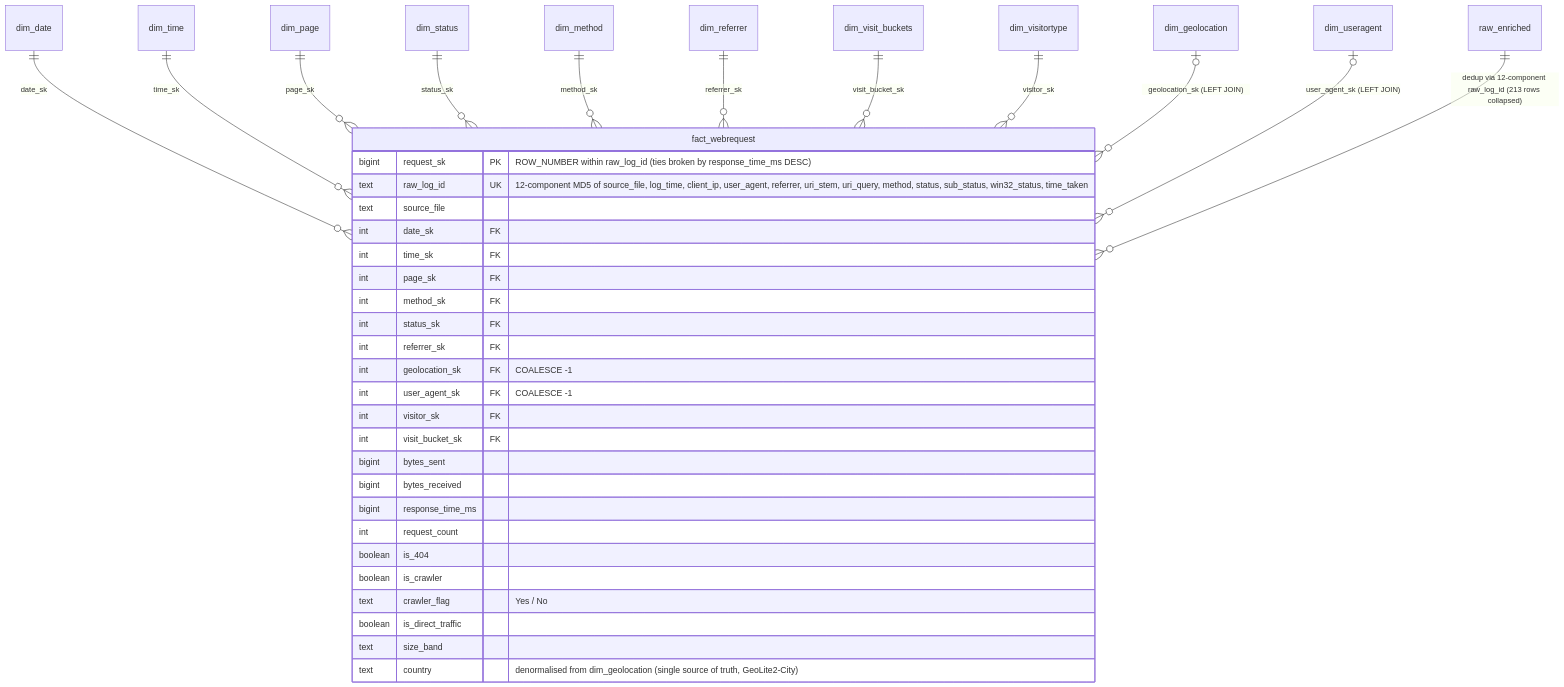
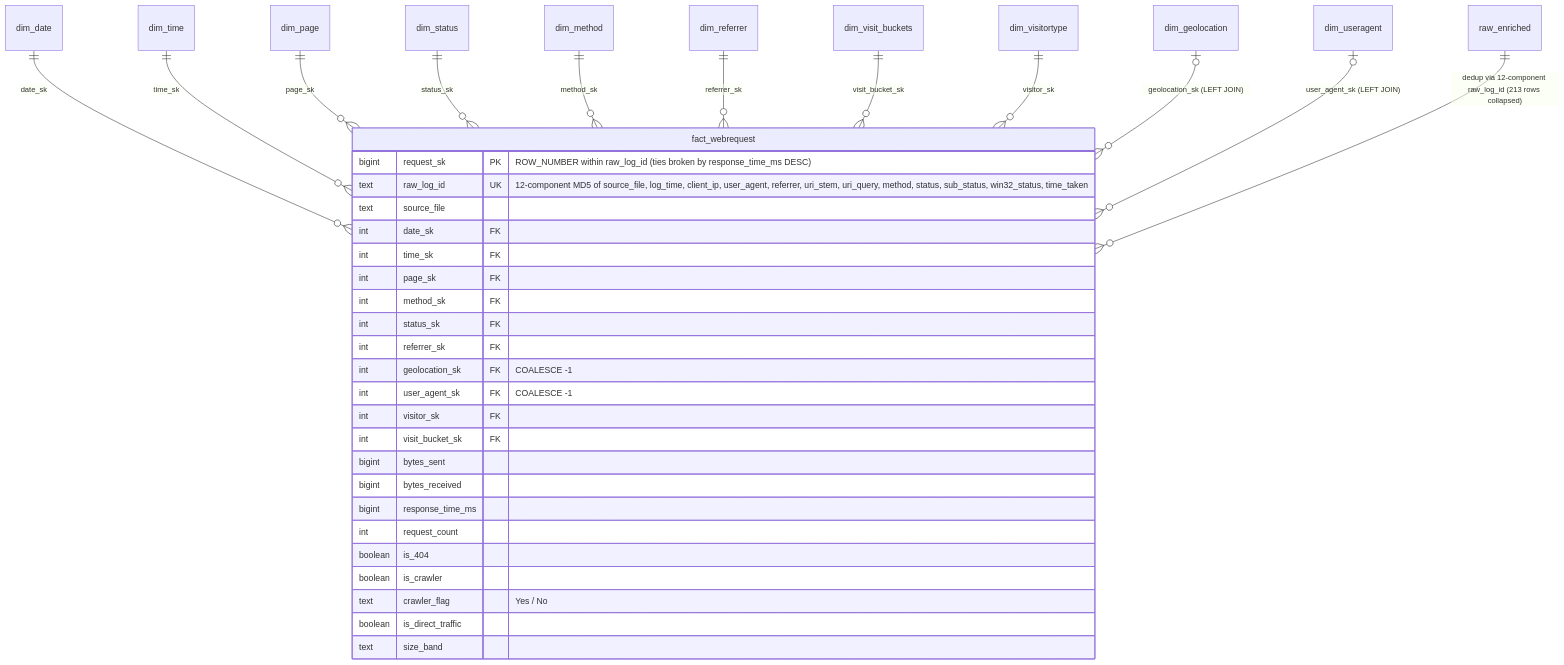
Before and after one commit to AhmedIkram05/w3c-etl-pipeline: diagram 12 of 14 in README.md, drawn with Mermaid. The commit also changed other lines of this file and 1 other file, not shown here.

````diff
--- a/README.md
+++ b/README.md
@@ -762,40 +757,39 @@
 ```mermaid
 erDiagram
     dim_date ||--o{ fact_webrequest : "date_sk"
     dim_time ||--o{ fact_webrequest : "time_sk"
     dim_page ||--o{ fact_webrequest : "page_sk"
     dim_status ||--o{ fact_webrequest : "status_sk"
     dim_method ||--o{ fact_webrequest : "method_sk"
     dim_referrer ||--o{ fact_webrequest : "referrer_sk"
     dim_visit_buckets ||--o{ fact_webrequest : "visit_bucket_sk"
     dim_visitortype ||--o{ fact_webrequest : "visitor_sk"
     dim_geolocation |o--o{ fact_webrequest : "geolocation_sk (LEFT JOIN)"
     dim_useragent |o--o{ fact_webrequest : "user_agent_sk (LEFT JOIN)"
     raw_enriched ||--o{ fact_webrequest : "dedup via 12-component raw_log_id (213 rows collapsed)"
 
     fact_webrequest {
         bigint request_sk PK "ROW_NUMBER within raw_log_id (ties broken by response_time_ms DESC)"
         text raw_log_id UK "12-component MD5 of source_file, log_time, client_ip, user_agent, referrer, uri_stem, uri_query, method, status, sub_status, win32_status, time_taken"
         text source_file
         int date_sk FK
         int time_sk FK
         int page_sk FK
         int method_sk FK
         int status_sk FK
         int referrer_sk FK
         int geolocation_sk FK "COALESCE -1"
         int user_agent_sk FK "COALESCE -1"
         int visitor_sk FK
         int visit_bucket_sk FK
         bigint bytes_sent
         bigint bytes_received
         bigint response_time_ms
         int request_count
         boolean is_404
         boolean is_crawler
         text crawler_flag "Yes / No"
         boolean is_direct_traffic
         text size_band
-        text country "denormalised from dim_geolocation (single source of truth, GeoLite2-City)"
     }
 ```
````
